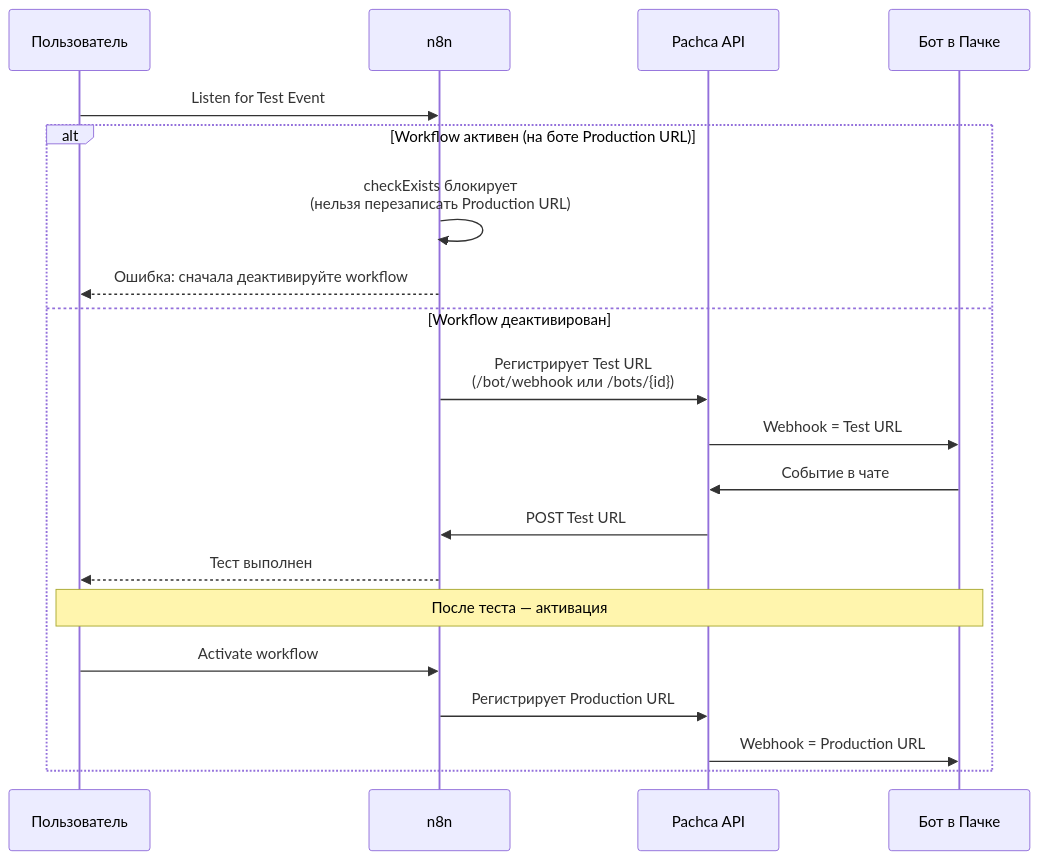
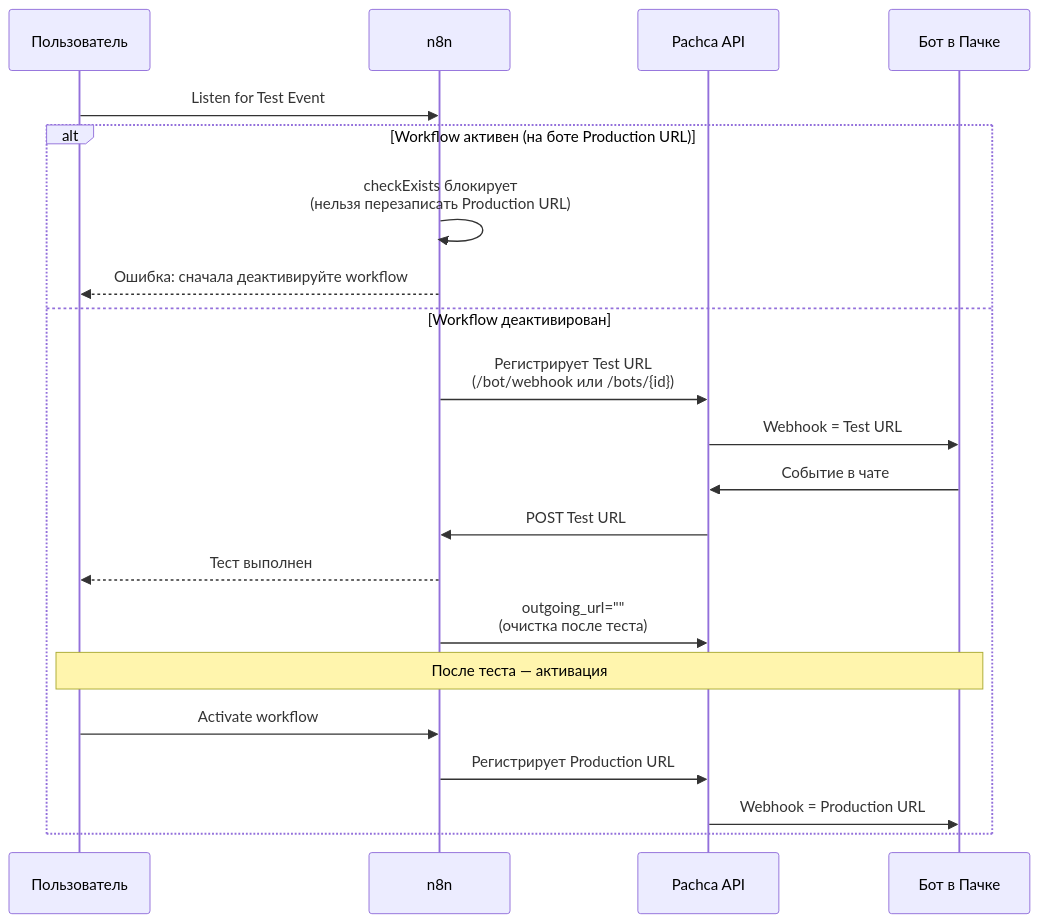
One commit to pachca/openapi changed the diagram in apps/docs/public/guides/n8n/testing.md. Above: the diagram before and after it, drawn with Mermaid. The commit also changed other lines of this file and 799 other files, not shown here.

````diff
--- a/apps/docs/public/guides/n8n/testing.md
+++ b/apps/docs/public/guides/n8n/testing.md
@@ -167,25 +167,26 @@
 ```mermaid
 sequenceDiagram
     participant User as Пользователь
     participant n8n
     participant Pachca as Pachca API
     participant Bot as Бот в Пачке
 
     User->>n8n: Listen for Test Event
 
     alt Workflow активен (на боте Production URL)
         n8n->>n8n: checkExists блокирует<br/>(нельзя перезаписать Production URL)
         n8n-->>User: Ошибка: сначала деактивируйте workflow
     else Workflow деактивирован
         n8n->>Pachca: Регистрирует Test URL<br/>(/bot/webhook или /bots/{id})
         Pachca->>Bot: Webhook = Test URL
         Bot->>Pachca: Событие в чате
         Pachca->>n8n: POST Test URL
         n8n-->>User: Тест выполнен
+        n8n->>Pachca: outgoing_url=""<br/>(очистка после теста)
 
         Note over User,Bot: После теста — активация
         User->>n8n: Activate workflow
         n8n->>Pachca: Регистрирует Production URL
         Pachca->>Bot: Webhook = Production URL
     end
 ```
````
